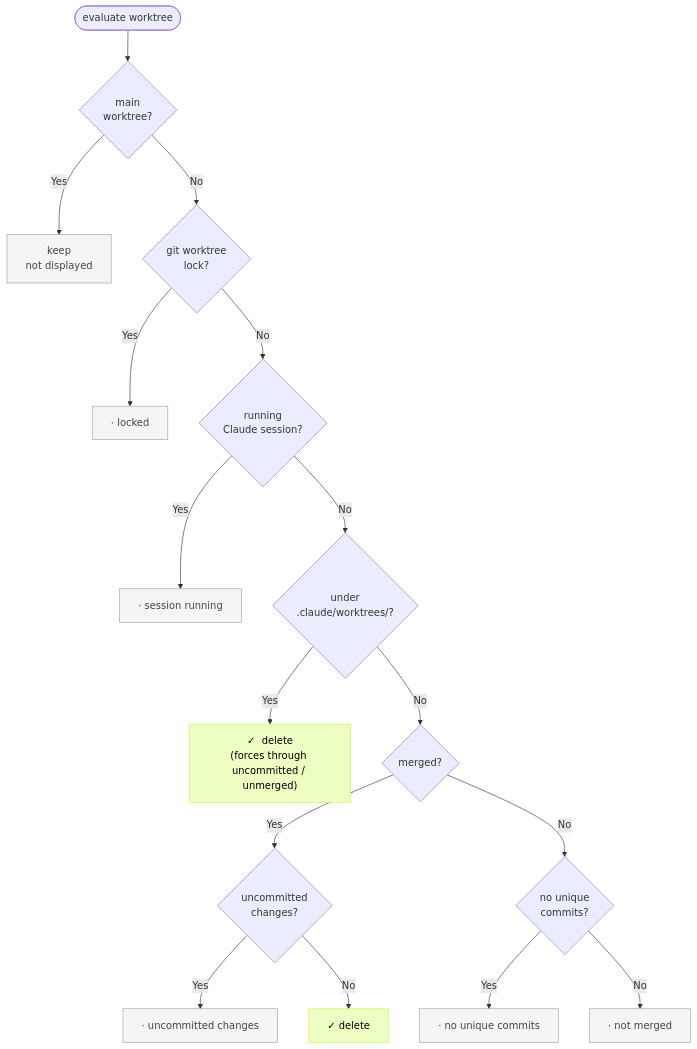
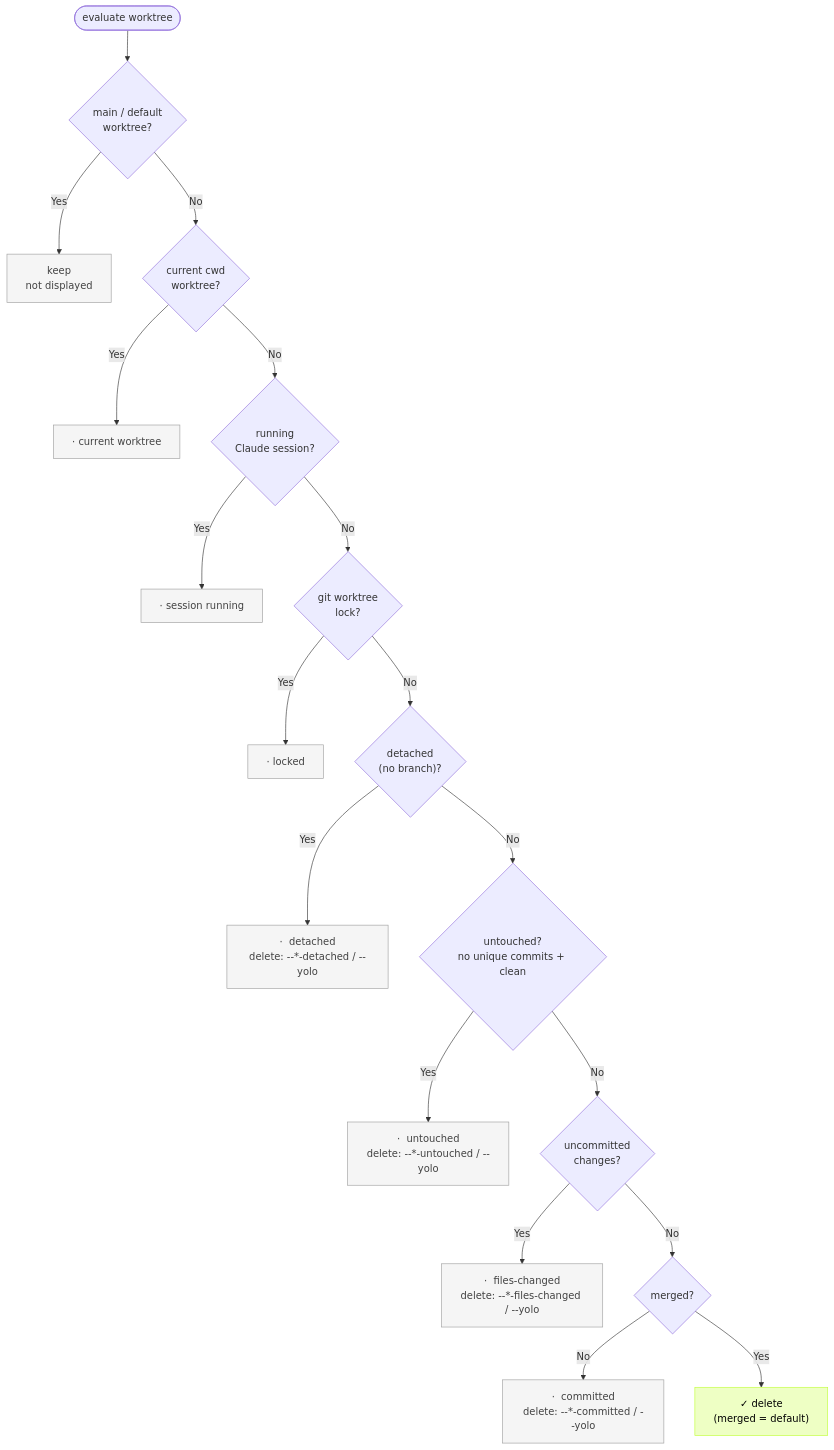
One commit to nozomiishii/git-harvest changed the first of 2 diagrams in README.md. Above: the diagram before and after it, drawn with Mermaid. The commit also changed other lines of this file and 31 other files, not shown here.

````diff
--- a/README.md
+++ b/README.md
@@ -157,22 +233,24 @@
 ```mermaid
 flowchart TD
-    Start([evaluate worktree]) --> Main{main<br/>worktree?}
+    Start([evaluate worktree]) --> Main{"main / default<br/>worktree?"}
     Main -->|Yes| KeepMain[keep<br/>not displayed]
-    Main -->|No| Locked{git worktree<br/>lock?}
+    Main -->|No| Current{"current cwd<br/>worktree?"}
+    Current -->|Yes| KeepCurrent["·  current worktree"]
+    Current -->|No| Running{"running<br/>Claude session?"}
+    Running -->|Yes| KeepRunning["·  session running"]
+    Running -->|No| Locked{"git worktree<br/>lock?"}
     Locked -->|Yes| KeepLocked["·  locked"]
-    Locked -->|No| Running{running<br/>Claude session?}
-    Running -->|Yes| KeepRunning["·  session running"]
-    Running -->|No| ManagedPath{under<br/>.claude/worktrees/?}
-    ManagedPath -->|Yes| DeleteManaged["✓  delete<br/>(forces through uncommitted / unmerged)"]
-    ManagedPath -->|No| Merged{merged?}
-    Merged -->|Yes| Uncommitted{uncommitted<br/>changes?}
-    Uncommitted -->|Yes| KeepUncommitted["·  uncommitted changes"]
-    Uncommitted -->|No| DeleteMerged["✓  delete"]
-    Merged -->|No| NoUnique{no unique<br/>commits?}
-    NoUnique -->|Yes| KeepNoUnique["·  no unique commits"]
-    NoUnique -->|No| KeepNotMerged["·  not merged"]
+    Locked -->|No| Detached{"detached<br/>(no branch)?"}
+    Detached -->|Yes| KeepDetached["·  detached<br/>delete: --*-detached / --yolo"]
+    Detached -->|No| Untouched{"untouched?<br/>no unique commits + clean"}
+    Untouched -->|Yes| KeepUntouched["·  untouched<br/>delete: --*-untouched / --yolo"]
+    Untouched -->|No| Files{"uncommitted<br/>changes?"}
+    Files -->|Yes| KeepFiles["·  files-changed<br/>delete: --*-files-changed / --yolo"]
+    Files -->|No| Merged{"merged?"}
+    Merged -->|No| KeepCommitted["·  committed<br/>delete: --*-committed / --yolo"]
+    Merged -->|Yes| DeleteMerged["✓  delete<br/>(merged = default)"]
     classDef keep fill:#f5f5f5,stroke:#9e9e9e,color:#424242
     classDef delete fill:#eeffc4,stroke:#C0FF39,color:#000
-    class KeepMain,KeepLocked,KeepRunning,KeepUncommitted,KeepNoUnique,KeepNotMerged keep
-    class DeleteManaged,DeleteMerged delete
+    class KeepMain,KeepCurrent,KeepRunning,KeepLocked,KeepDetached,KeepUntouched,KeepFiles,KeepCommitted keep
+    class DeleteMerged delete
 ```
````
